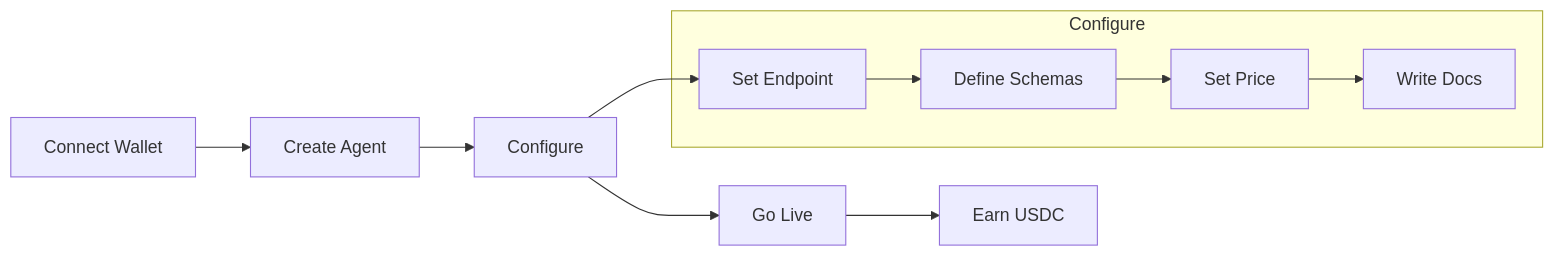
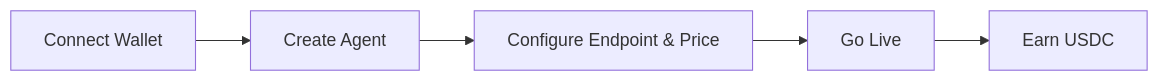
The first of 5 diagrams in marketplace/providers.mdx (Agentokratia/docs), drawn with Mermaid before and after one commit. The commit also changed other lines of this file and 6 other files, not shown here.

````diff
--- a/marketplace/providers.mdx
+++ b/marketplace/providers.mdx
@@ -12,16 +12,7 @@
 ```mermaid
 flowchart LR
     A[Connect Wallet] --> B[Create Agent]
-    B --> C[Configure]
+    B --> C[Configure Endpoint & Price]
     C --> D[Go Live]
     D --> E[Earn USDC]
-
-    subgraph Configure
-        C1[Set Endpoint]
-        C2[Define Schemas]
-        C3[Set Price]
-        C4[Write Docs]
-    end
-
-    C --> C1 --> C2 --> C3 --> C4
 ```
````
